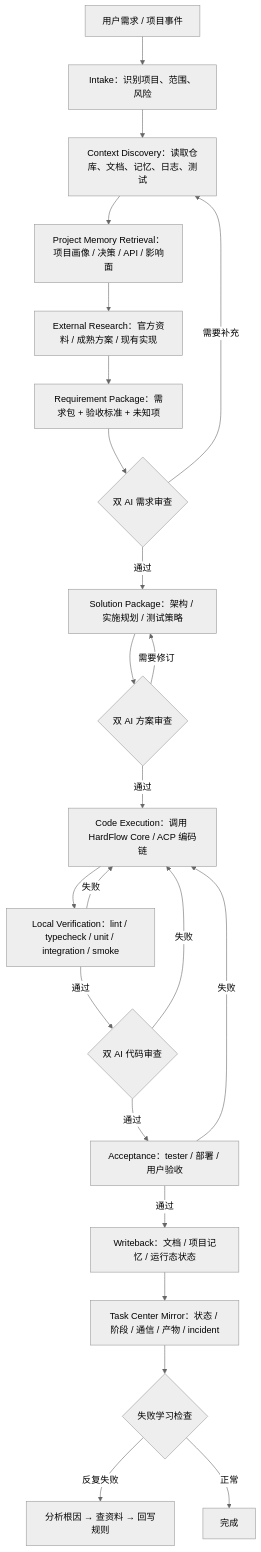
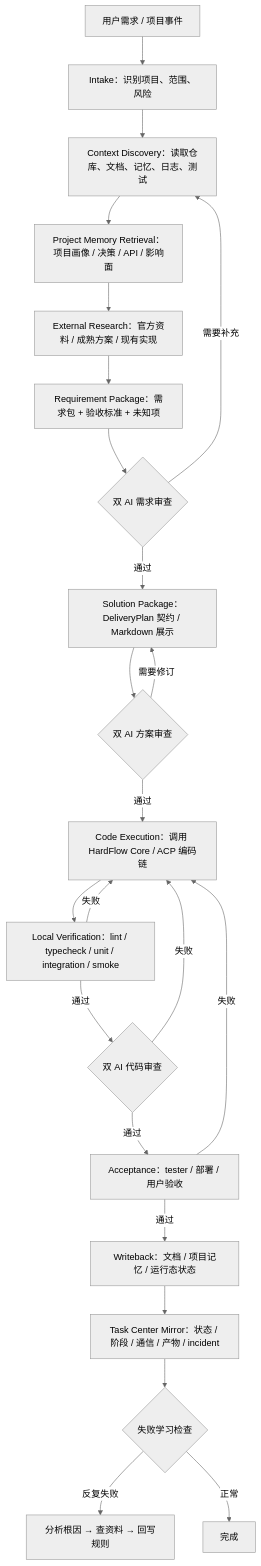
The first of 3 diagrams in docs/核心主工作流/项目交付优先工作流/项目交付优先工作流架构设计.md (XX-Trader/openclaw-hardflow-backup-20260302), drawn with Mermaid (neutral theme) before and after one commit. The commit also changed other lines of this file and 19 other files, not shown here.

````diff
--- a/docs/核心主工作流/项目交付优先工作流/项目交付优先工作流架构设计.md
+++ b/docs/核心主工作流/项目交付优先工作流/项目交付优先工作流架构设计.md
@@ -23,25 +23,25 @@
 ```mermaid
 graph TD
     A[用户需求 / 项目事件] --> B[Intake：识别项目、范围、风险]
     B --> C[Context Discovery：读取仓库、文档、记忆、日志、测试]
     C --> C1[Project Memory Retrieval：项目画像 / 决策 / API / 影响面]
     C1 --> D[External Research：官方资料 / 成熟方案 / 现有实现]
     D --> E[Requirement Package：需求包 + 验收标准 + 未知项]
     E --> F{双 AI 需求审查}
     F -->|需要补充| C
-    F -->|通过| G[Solution Package：架构 / 实施规划 / 测试策略]
+    F -->|通过| G[Solution Package：DeliveryPlan 契约 / Markdown 展示]
     G --> H{双 AI 方案审查}
     H -->|需要修订| G
     H -->|通过| I[Code Execution：调用 HardFlow Core / ACP 编码链]
     I --> J[Local Verification：lint / typecheck / unit / integration / smoke]
     J -->|失败| I
     J -->|通过| K{双 AI 代码审查}
     K -->|失败| I
     K -->|通过| L[Acceptance：tester / 部署 / 用户验收]
     L -->|失败| I
     L -->|通过| M[Writeback：文档 / 项目记忆 / 运行态状态]
     M --> M1[Task Center Mirror：状态 / 阶段 / 通信 / 产物 / incident]
     M1 --> N{失败学习检查}
     N -->|反复失败| O[分析根因 → 查资料 → 回写规则]
     N -->|正常| P[完成]
 ```
````
